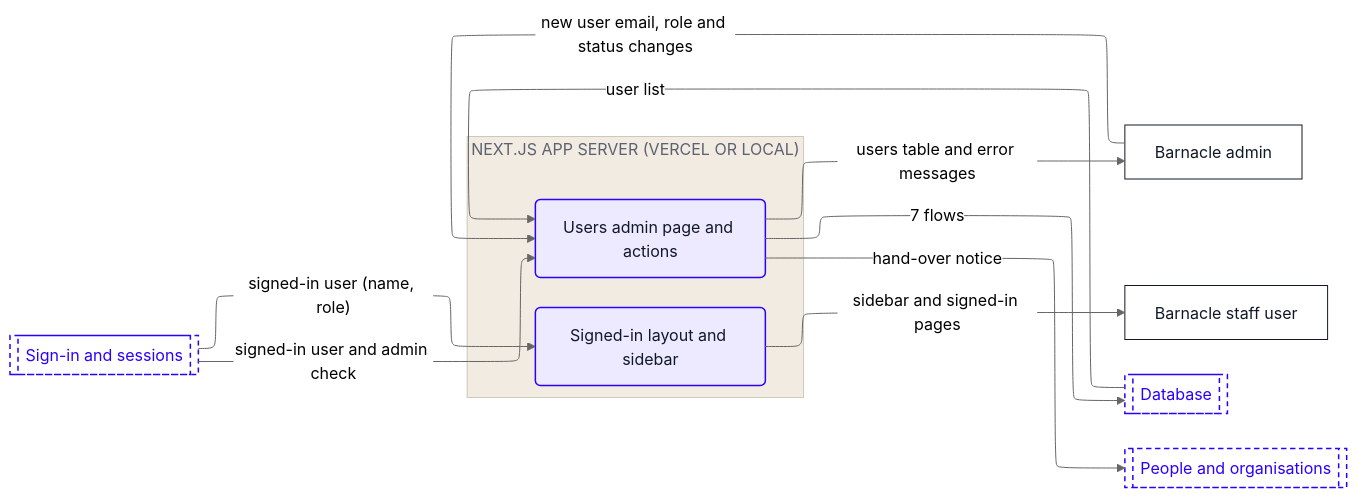
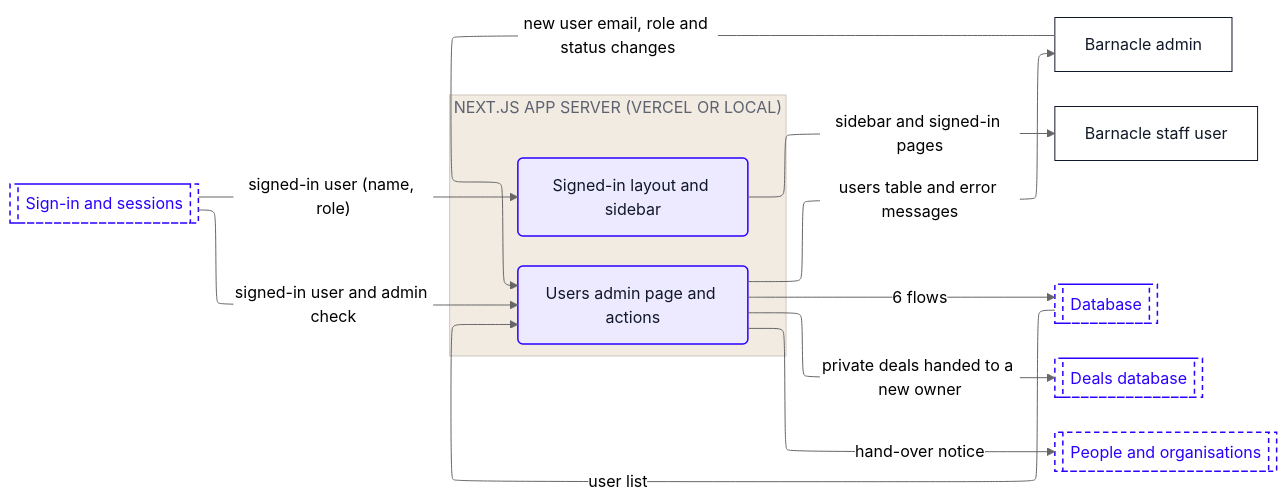
Before and after one commit to Romain-Perche/Barnacle-Pipe: the tenth of 10 diagrams in dataflow/DATAFLOW.md, drawn with Mermaid (neutral theme). The commit also changed other lines of this file and 7 other files, not shown here.

````diff
--- a/dataflow/DATAFLOW.md
+++ b/dataflow/DATAFLOW.md
@@ -440,34 +494,36 @@
 ```mermaid
 ---
 config:
   layout: elk
 ---
 flowchart LR
     n1["Barnacle admin"]
     n2["Barnacle staff user"]
     subgraph z1["NEXT.JS APP SERVER (VERCEL OR LOCAL)"]
         n3("Signed-in layout and sidebar")
         n4("Users admin page and actions")
     end
     n5[["Database"]]
-    n6[["People and organisations"]]
-    n7[["Sign-in and sessions"]]
+    n6[["Deals database"]]
+    n7[["People and organisations"]]
+    n8[["Sign-in and sessions"]]
     n1 -->|"new user email, role and status changes"| n4
     n3 -->|"sidebar and signed-in pages"| n2
-    n7 -->|"signed-in user (name, role)"| n3
-    n7 -->|"signed-in user and admin check"| n4
+    n8 -->|"signed-in user (name, role)"| n3
+    n8 -->|"signed-in user and admin check"| n4
     n4 -->|"users table and error messages"| n1
-    n4 -->|"7 flows"| n5
-    n4 -->|"hand-over notice"| n6
+    n4 -->|"private deals handed to a new owner"| n6
+    n4 -->|"6 flows"| n5
+    n4 -->|"hand-over notice"| n7
     n5 -->|"user list"| n4
     classDef actor fill:#FFFFFF,stroke:#111827,stroke-width:1px,color:#111827
     classDef process fill:#EDEAFF,stroke:#2B00FF,stroke-width:1.5px,color:#111827
     classDef store fill:#FAF6F1,stroke:#111827,stroke-width:1.5px,color:#111827
     classDef zone fill:#1A1A1A,stroke:#1A1A1A,color:#FFFFFF
     classDef group fill:#2B00FF,stroke:#2B00FF,color:#FFFFFF
     classDef stub fill:#FFFFFF,stroke:#2B00FF,stroke-width:1.5px,stroke-dasharray:5 4,color:#2B00FF
     class n1,n2 actor
     class n3,n4 process
-    class n5,n6,n7 stub
+    class n5,n6,n7,n8 stub
     style z1 fill:#F1EBE2,stroke:#CFC7BB,color:#5D6270
 ```
````
